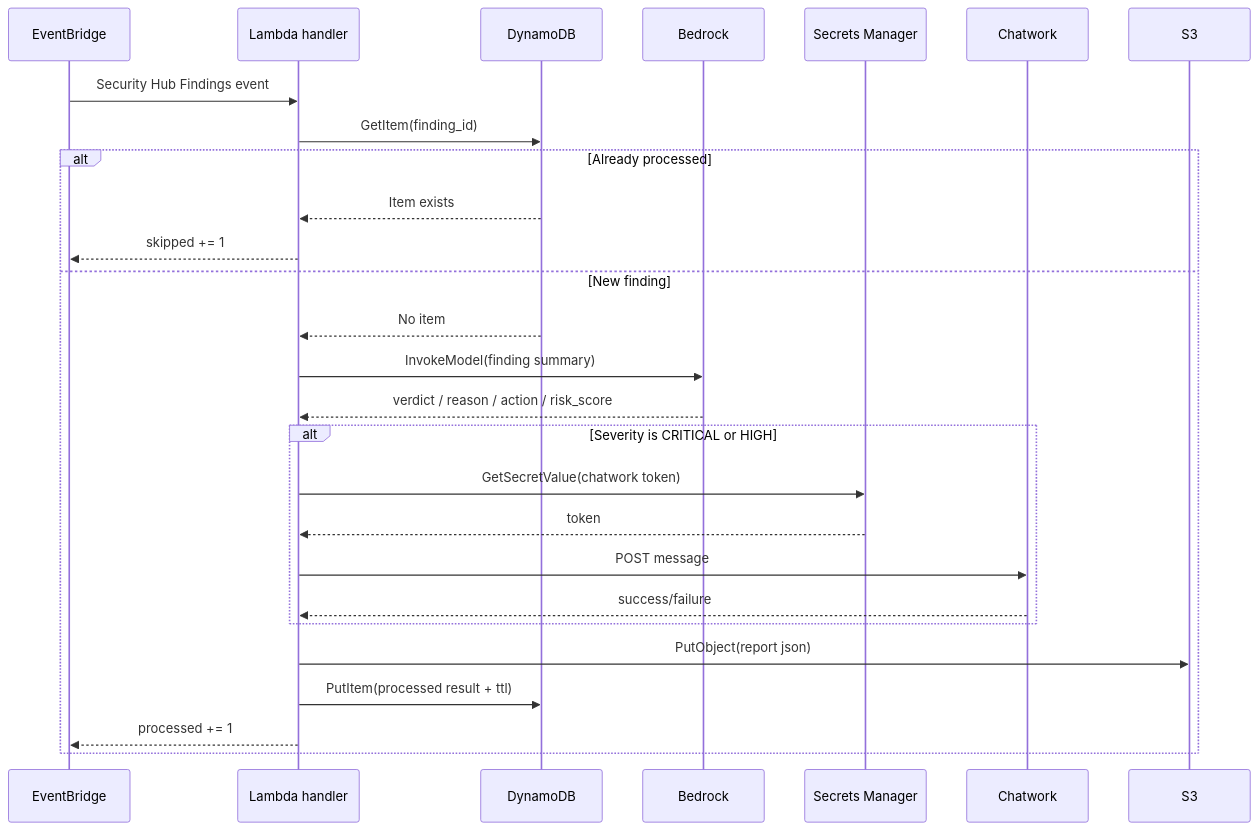
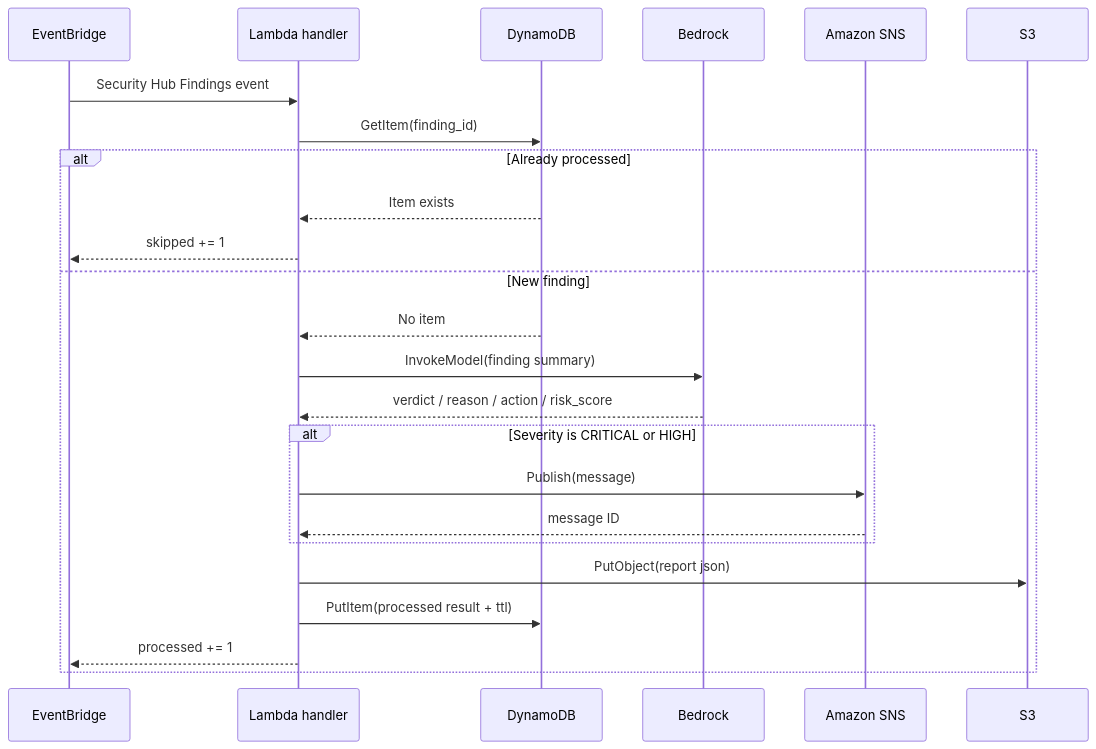
Before and after one commit to tk-21/terraform-lab: the second of 4 diagrams in security-hub-ai-triage/ARCHITECTURE.md, drawn with Mermaid. The commit also changed other lines of this file and 22 other files, not shown here.

````diff
--- a/security-hub-ai-triage/ARCHITECTURE.md
+++ b/security-hub-ai-triage/ARCHITECTURE.md
@@ -109,30 +107,27 @@
 ```mermaid
 sequenceDiagram
     participant EB as EventBridge
     participant L as Lambda handler
     participant D as DynamoDB
     participant B as Bedrock
-    participant S as Secrets Manager
-    participant C as Chatwork
+    participant N as Amazon SNS
     participant R as S3
 
     EB->>L: Security Hub Findings event
     L->>D: GetItem(finding_id)
     alt Already processed
         D-->>L: Item exists
         L-->>EB: skipped += 1
     else New finding
         D-->>L: No item
         L->>B: InvokeModel(finding summary)
         B-->>L: verdict / reason / action / risk_score
         alt Severity is CRITICAL or HIGH
-            L->>S: GetSecretValue(chatwork token)
-            S-->>L: token
-            L->>C: POST message
-            C-->>L: success/failure
+            L->>N: Publish(message)
+            N-->>L: message ID
         end
         L->>R: PutObject(report json)
         L->>D: PutItem(processed result + ttl)
         L-->>EB: processed += 1
     end
 ```
````
